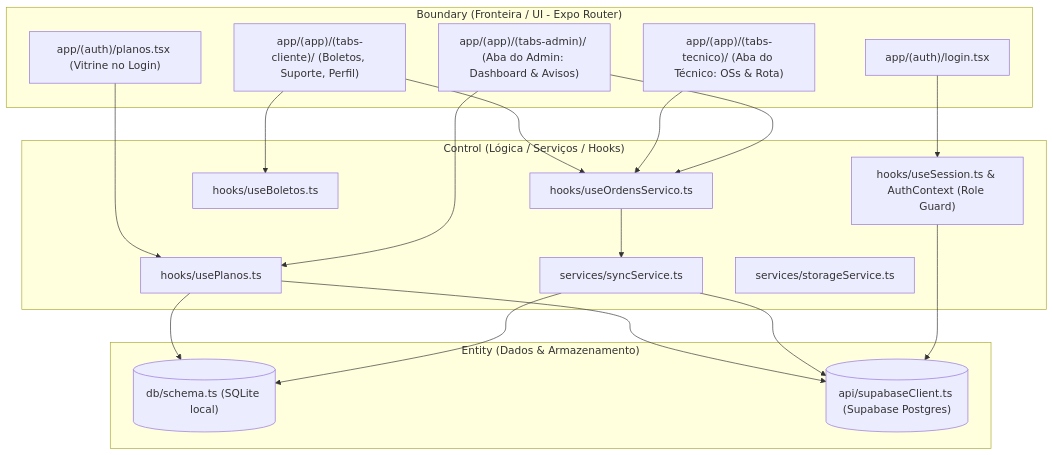
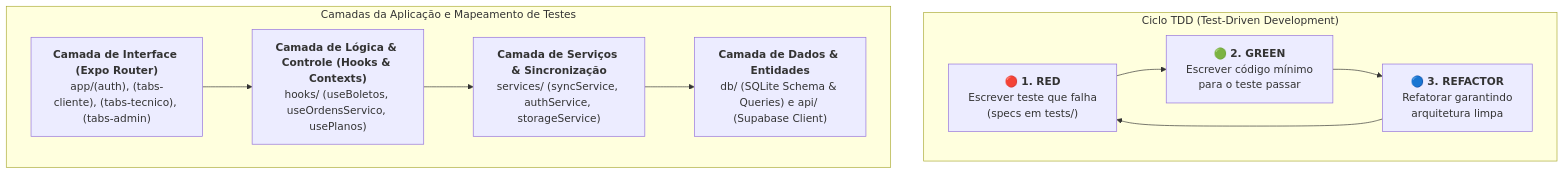
Before and after one commit to jmarques029/APPCJNET: the sixth of 9 diagrams in docs/proposta-design-software-cjnet.md, drawn with Mermaid. The commit also changed other lines of this file, not shown here.

Commit message:
docs: remover Pattern BCE e adicionar metodologia TDD na proposta

````diff
--- a/docs/proposta-design-software-cjnet.md
+++ b/docs/proposta-design-software-cjnet.md
@@ -426,39 +426,21 @@
 ```mermaid
 flowchart TD
-    subgraph Boundary ["Boundary (Fronteira / UI - Expo Router)"]
-        UI_Login["app/(auth)/login.tsx"]
-        UI_Planos["app/(auth)/planos.tsx (Vitrine no Login)"]
-        UI_Cliente["app/(app)/(tabs-cliente)/ (Boletos, Suporte, Perfil)"]
-        UI_Tecnico["app/(app)/(tabs-tecnico)/ (Aba do Técnico: OSs & Rota)"]
-        UI_Admin["app/(app)/(tabs-admin)/ (Aba do Admin: Dashboard & Avisos)"]
+    subgraph TDD ["Ciclo TDD (Test-Driven Development)"]
+        Red["🔴 <b>1. RED</b><br/>Escrever teste que falha<br/>(specs em tests/)"]
+        Green["🟢 <b>2. GREEN</b><br/>Escrever código mínimo<br/>para o teste passar"]
+        Refactor["🔵 <b>3. REFACTOR</b><br/>Refatorar garantindo<br/>arquitetura limpa"]
+
+        Red --> Green --> Refactor --> Red
     end
 
-    subgraph Control ["Control (Lógica / Serviços / Hooks)"]
-        H_Auth["hooks/useSession.ts & AuthContext (Role Guard)"]
-        H_Planos["hooks/usePlanos.ts"]
-        H_Boletos["hooks/useBoletos.ts"]
-        H_OS["hooks/useOrdensServico.ts"]
-        S_Sync["services/syncService.ts"]
-        S_Storage["services/storageService.ts"]
+    subgraph Camadas ["Camadas da Aplicação e Mapeamento de Testes"]
+        UI["<b>Camada de Interface (Expo Router)</b><br/>app/(auth), (tabs-cliente), (tabs-tecnico), (tabs-admin)"]
+        Control["<b>Camada de Lógica & Controle (Hooks & Contexts)</b><br/>hooks/ (useBoletos, useOrdensServico, usePlanos)"]
+        Services["<b>Camada de Serviços & Sincronização</b><br/>services/ (syncService, authService, storageService)"]
+        Entities["<b>Camada de Dados & Entidades</b><br/>db/ (SQLite Schema & Queries) e api/ (Supabase Client)"]
+
+        UI --> Control
+        Control --> Services
+        Services --> Entities
     end
-
-    subgraph Entity ["Entity (Dados & Armazenamento)"]
-        DB_SQLite[("db/schema.ts (SQLite local)")]
-        DB_Supabase[("api/supabaseClient.ts (Supabase Postgres)")]
-    end
-
-    UI_Login --> H_Auth
-    UI_Planos --> H_Planos
-    UI_Cliente --> H_Boletos
-    UI_Cliente --> H_OS
-    UI_Tecnico --> H_OS
-    UI_Admin --> H_OS
-    UI_Admin --> H_Planos
-
-    H_OS --> S_Sync
-    H_Planos --> DB_SQLite
-    H_Planos --> DB_Supabase
-    S_Sync --> DB_SQLite
-    S_Sync --> DB_Supabase
-    H_Auth --> DB_Supabase
 ```
````
